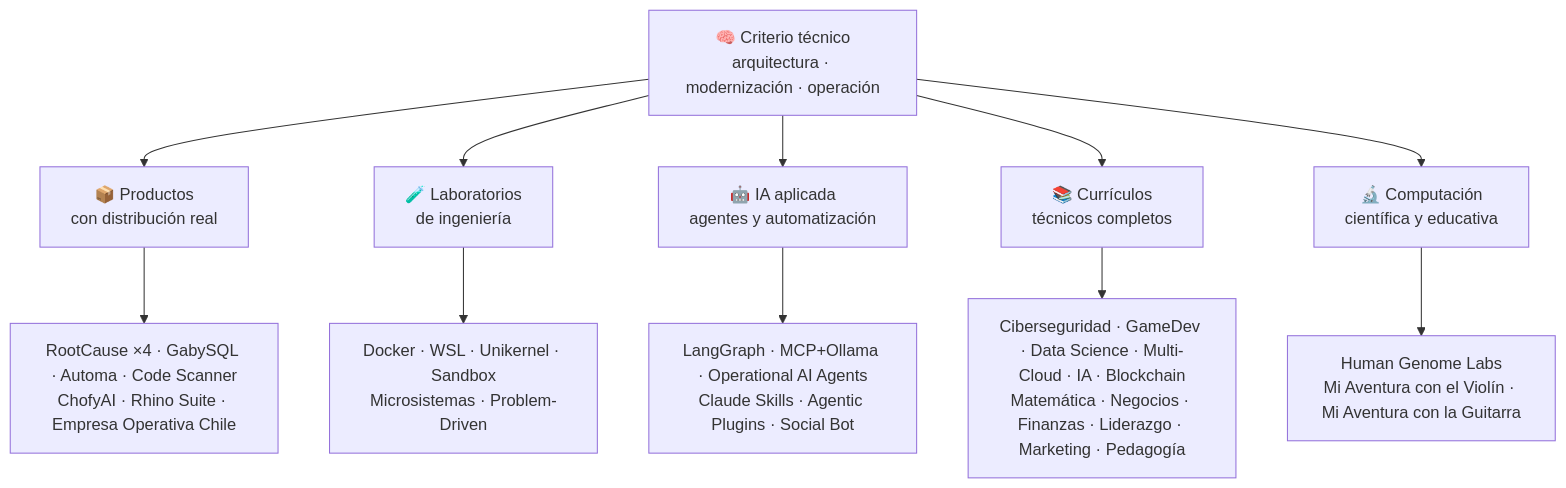
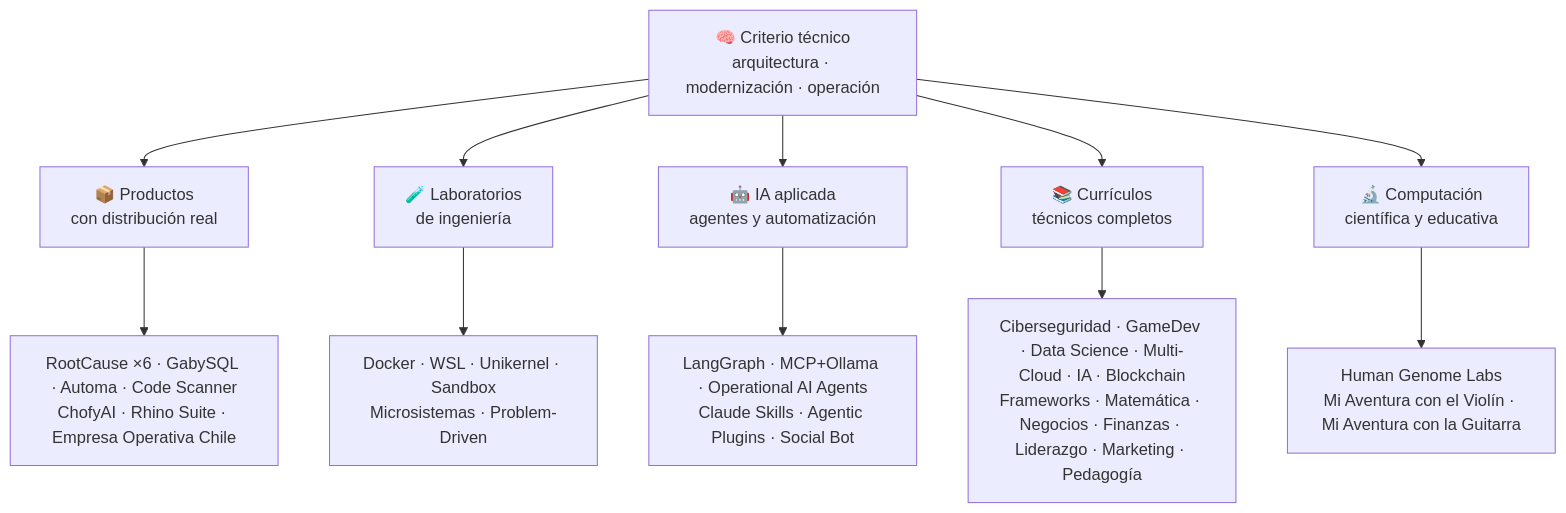
One commit to vladimiracunadev-create/vladimiracunadev-create changed the diagram in README.md. Above: the diagram before and after it, drawn with Mermaid. The commit also changed other lines of this file, not shown here.

````diff
--- a/README.md
+++ b/README.md
@@ -74,14 +74,14 @@
 ```mermaid
 flowchart TD
     A["🧠 Criterio técnico<br/>arquitectura · modernización · operación"] --> B["📦 Productos<br/>con distribución real"]
     A --> C["🧪 Laboratorios<br/>de ingeniería"]
     A --> D["🤖 IA aplicada<br/>agentes y automatización"]
     A --> E["📚 Currículos<br/>técnicos completos"]
     A --> F["🔬 Computación<br/>científica y educativa"]
 
-    B --> B1["RootCause ×4 · GabySQL · Automa · Code Scanner<br/>ChofyAI · Rhino Suite · Empresa Operativa Chile"]
+    B --> B1["RootCause ×6 · GabySQL · Automa · Code Scanner<br/>ChofyAI · Rhino Suite · Empresa Operativa Chile"]
     C --> C1["Docker · WSL · Unikernel · Sandbox<br/>Microsistemas · Problem-Driven"]
     D --> D1["LangGraph · MCP+Ollama · Operational AI Agents<br/>Claude Skills · Agentic Plugins · Social Bot"]
-    E --> E1["Ciberseguridad · GameDev · Data Science · Multi-Cloud · IA · Blockchain<br/>Matemática · Negocios · Finanzas · Liderazgo · Marketing · Pedagogía"]
+    E --> E1["Ciberseguridad · GameDev · Data Science · Multi-Cloud · IA · Blockchain<br/>Frameworks · Matemática · Negocios · Finanzas · Liderazgo · Marketing · Pedagogía"]
     F --> F1["Human Genome Labs<br/>Mi Aventura con el Violín · Mi Aventura con la Guitarra"]
 ```
````
